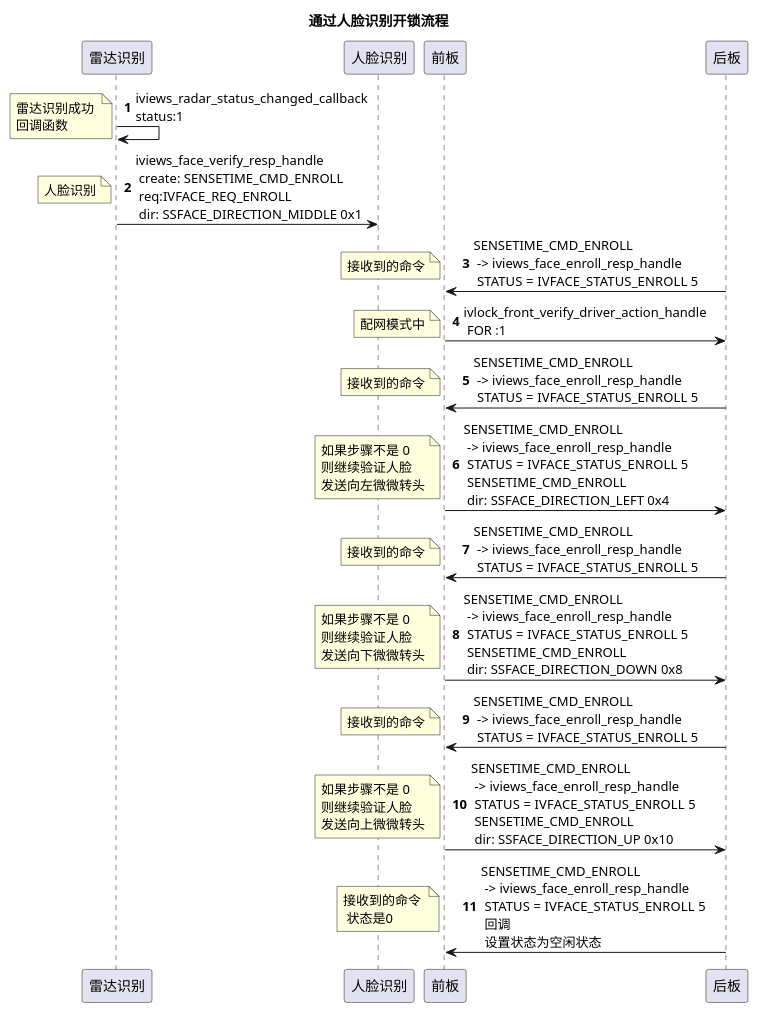
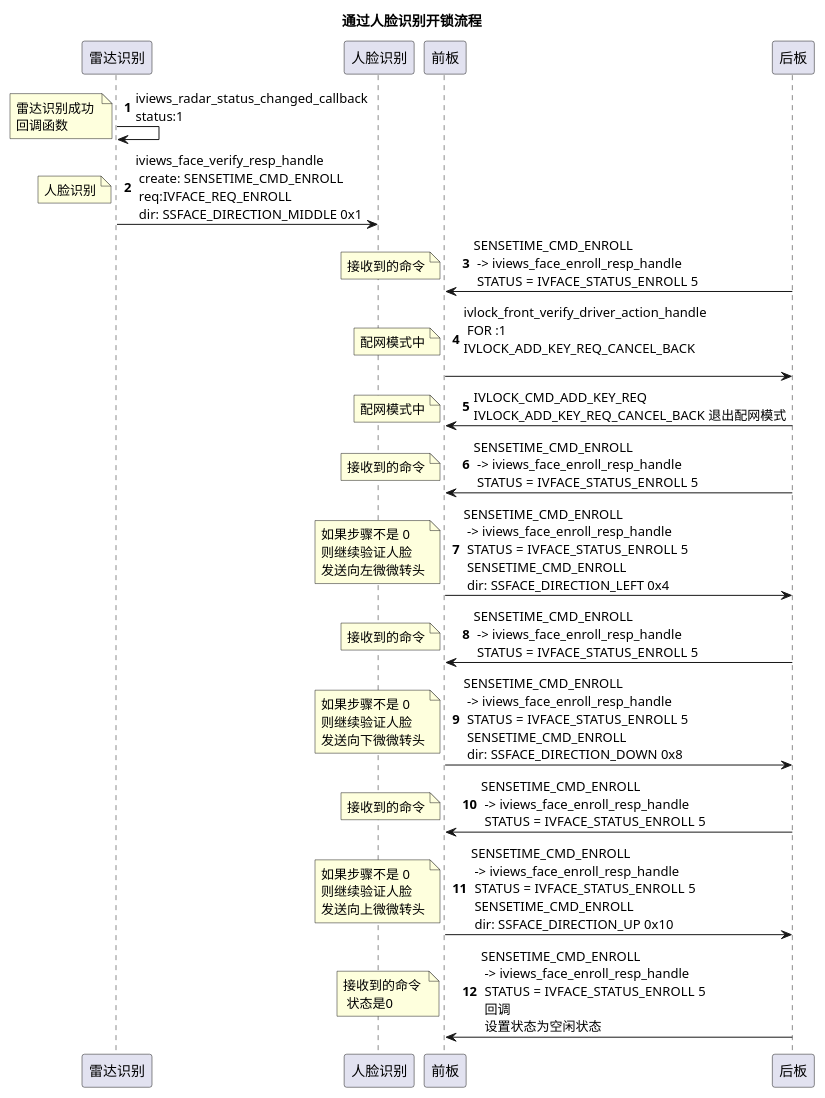
The diagram in PUML/face-scan-od.puml (yongjian-peng/learning-record), drawn with PlantUML before and after one commit. The commit also changed 2 other files, not shown here.

```diff
--- a/PUML/face-scan-od.puml
+++ b/PUML/face-scan-od.puml
@@ -2,43 +2,48 @@
 @startuml
 participant 雷达识别 as Radar
 participant 人脸识别 as Face
 participant 前板 as Font
 participant 后板 as BACK
 title 通过人脸识别开锁流程
 autonumber
 Radar -> Radar: iviews_radar_status_changed_callback \nstatus:1
 note left: 雷达识别成功 \n回调函数
 
 Radar -> Face: iviews_face_verify_resp_handle \n create: SENSETIME_CMD_ENROLL \n req:IVFACE_REQ_ENROLL  \n dir: SSFACE_DIRECTION_MIDDLE 0x1 
 note left: 人脸识别
 
 BACK -> Font:  SENSETIME_CMD_ENROLL \n -> iviews_face_enroll_resp_handle \n STATUS = IVFACE_STATUS_ENROLL 5
 note left: 接收到的命令
 
-Font -> BACK:  ivlock_front_verify_driver_action_handle \n FOR :1 
+Font -> BACK:  ivlock_front_verify_driver_action_handle \n FOR :1 \nIVLOCK_ADD_KEY_REQ_CANCEL_BACK \n
 note left: 配网模式中
+
+BACK -> Font:  IVLOCK_CMD_ADD_KEY_REQ \nIVLOCK_ADD_KEY_REQ_CANCEL_BACK 退出配网模式
+note left: 配网模式中
+
+
 
 BACK -> Font:  SENSETIME_CMD_ENROLL \n -> iviews_face_enroll_resp_handle \n STATUS = IVFACE_STATUS_ENROLL 5
 note left: 接收到的命令
 
 Font -> BACK:  SENSETIME_CMD_ENROLL \n -> iviews_face_enroll_resp_handle \n STATUS = IVFACE_STATUS_ENROLL 5 \n SENSETIME_CMD_ENROLL \n dir: SSFACE_DIRECTION_LEFT 0x4 
 note left: 如果步骤不是 0 \n则继续验证人脸 \n发送向左微微转头
 
 BACK -> Font:  SENSETIME_CMD_ENROLL \n -> iviews_face_enroll_resp_handle \n STATUS = IVFACE_STATUS_ENROLL 5
 note left: 接收到的命令
 
 Font -> BACK:  SENSETIME_CMD_ENROLL \n -> iviews_face_enroll_resp_handle \n STATUS = IVFACE_STATUS_ENROLL 5 \n SENSETIME_CMD_ENROLL \n dir: SSFACE_DIRECTION_DOWN 0x8 
 note left: 如果步骤不是 0 \n则继续验证人脸 \n发送向下微微转头
 
 BACK -> Font:  SENSETIME_CMD_ENROLL \n -> iviews_face_enroll_resp_handle \n STATUS = IVFACE_STATUS_ENROLL 5
 note left: 接收到的命令
 
 Font -> BACK:  SENSETIME_CMD_ENROLL \n -> iviews_face_enroll_resp_handle \n STATUS = IVFACE_STATUS_ENROLL 5 \n SENSETIME_CMD_ENROLL \n dir: SSFACE_DIRECTION_UP 0x10 
 note left: 如果步骤不是 0 \n则继续验证人脸 \n发送向上微微转头
 
 BACK -> Font:  SENSETIME_CMD_ENROLL \n -> iviews_face_enroll_resp_handle \n STATUS = IVFACE_STATUS_ENROLL 5 \n 回调 \n 设置状态为空闲状态   
 note left: 接收到的命令 \n 状态是0 
 
 
 
 @enduml
```
